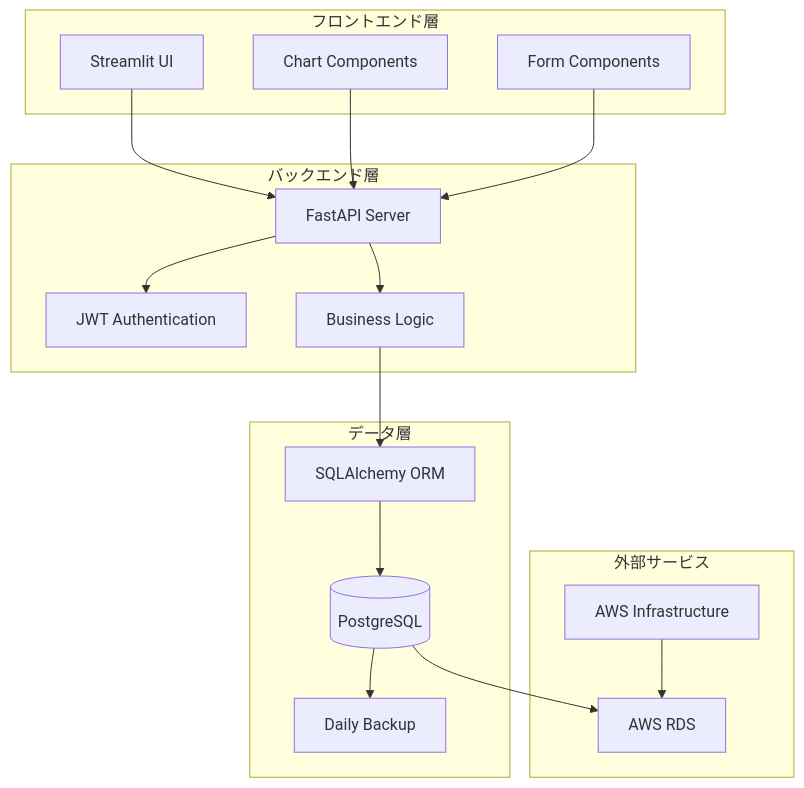
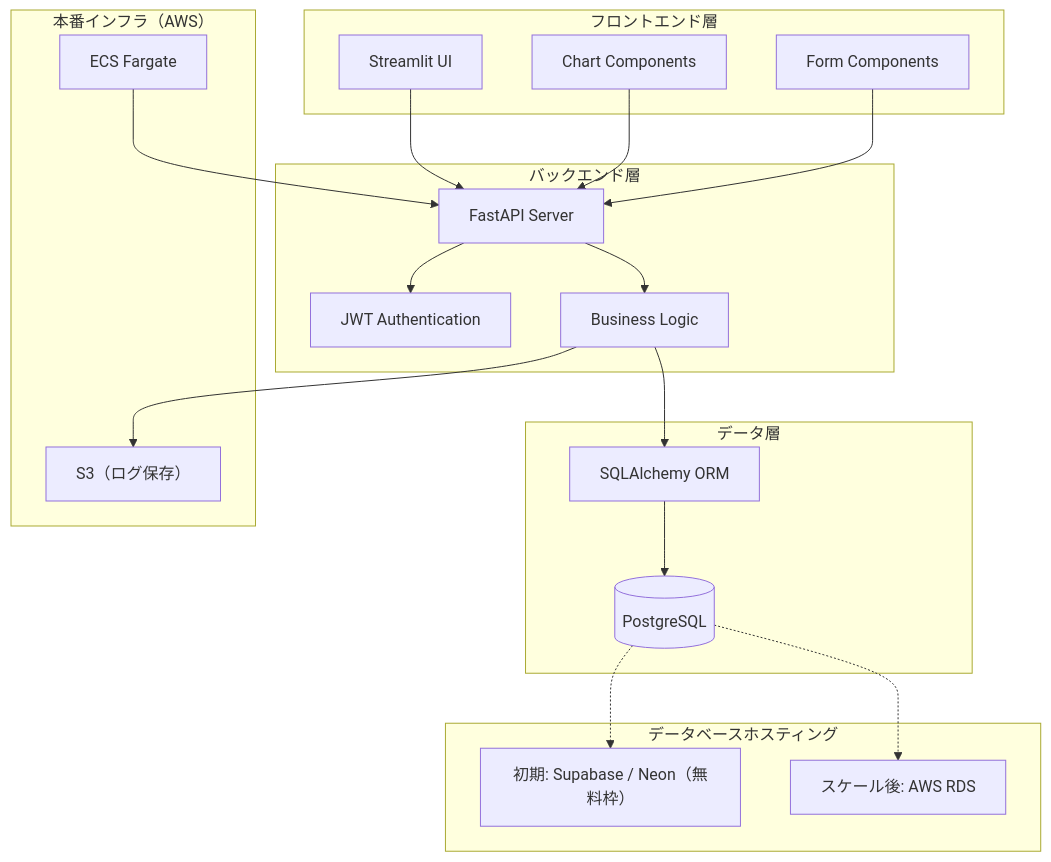
Before and after one commit to Ryumeann/subscription-manager: the diagram in docs/design.md, drawn with Mermaid. The commit also changed other lines of this file and 2 other files, not shown here.

Commit message:
docs: インフラ構成をECS Fargate + Supabase/Neonに変更、CLAUDE.mdを日本語化

````diff
--- a/docs/design.md
+++ b/docs/design.md
@@ -11,36 +11,41 @@
 ```mermaid
 graph TB
     subgraph "フロントエンド層"
         UI[Streamlit UI]
         Charts[Chart Components]
         Forms[Form Components]
     end
-    
+
     subgraph "バックエンド層"
         API[FastAPI Server]
         Auth[JWT Authentication]
         Business[Business Logic]
     end
-    
+
     subgraph "データ層"
         ORM[SQLAlchemy ORM]
         DB[(PostgreSQL)]
-        Backup[Daily Backup]
     end
-    
-    subgraph "外部サービス"
-        AWS[AWS Infrastructure]
-        RDS[AWS RDS]
+
+    subgraph "本番インフラ（AWS）"
+        ECS[ECS Fargate]
+        S3[S3（ログ保存）]
     end
-    
+
+    subgraph "データベースホスティング"
+        DBaaS[初期: Supabase / Neon（無料枠）]
+        RDS[スケール後: AWS RDS]
+    end
+
     UI --> API
     Charts --> API
     Forms --> API
     API --> Auth
     API --> Business
     Business --> ORM
     ORM --> DB
-    DB --> Backup
-    DB --> RDS
-    AWS --> RDS
+    ECS --> API
+    Business --> S3
+    DB -.-> DBaaS
+    DB -.-> RDS
 ```
````
